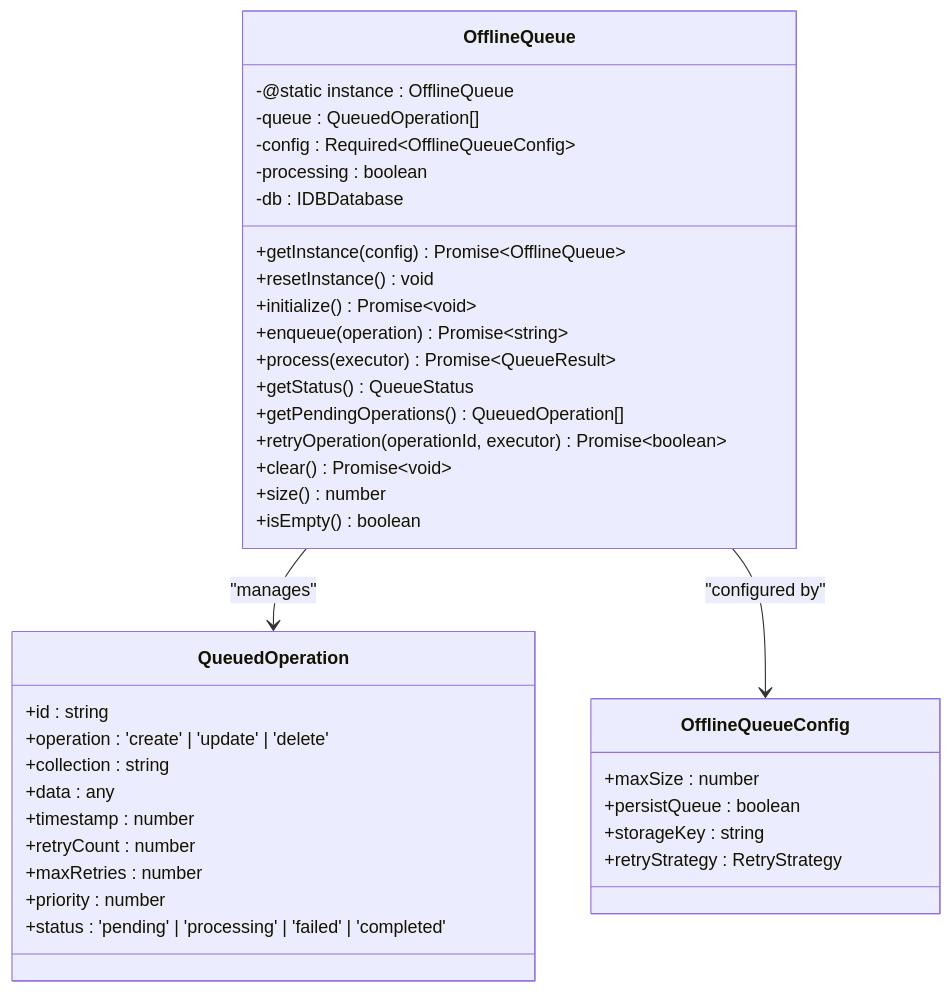
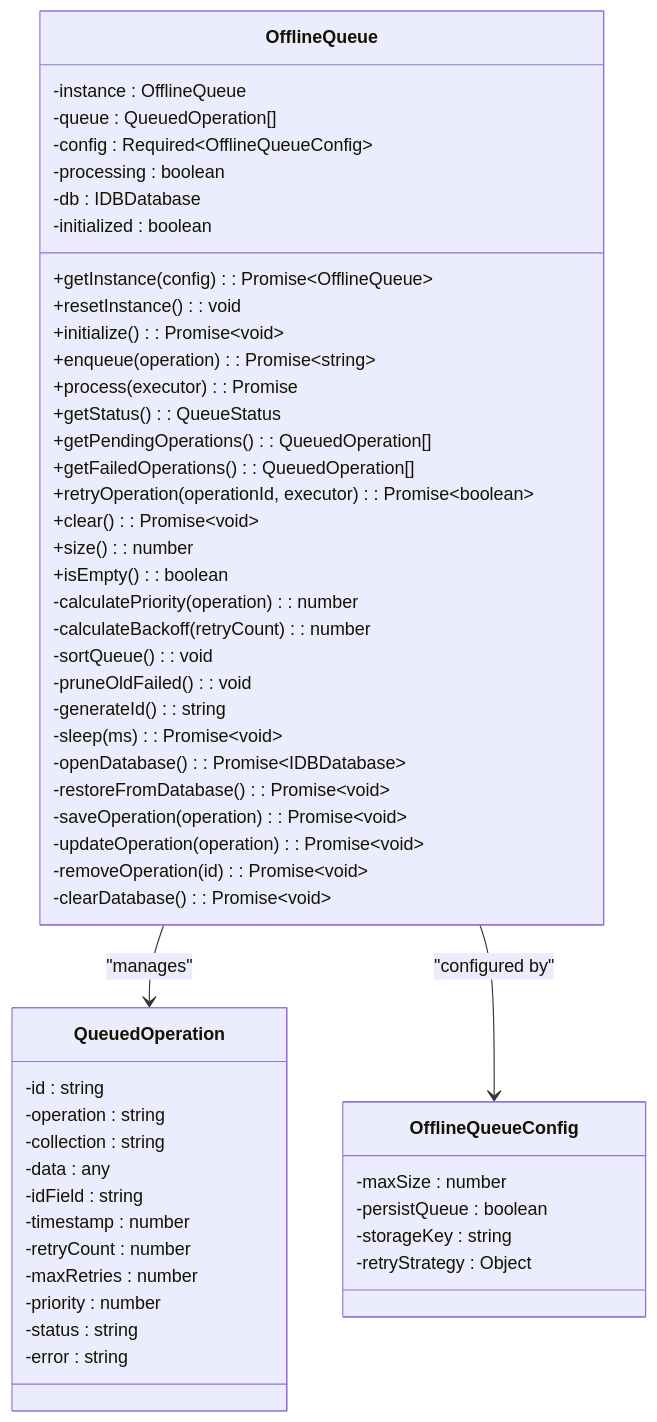
The seventh of 18 diagrams in .qoder/repowiki/en/content/Architecture Overview/Data Management Architecture/Data Synchronization Workflow/Data Synchronization Workflow.md (geniusdynamics/schoolpilot), drawn with Mermaid before and after one commit. The commit also changed other lines of this file and 19 other files, not shown here.

````diff
--- a/.qoder/repowiki/en/content/Architecture Overview/Data Management Architecture/Data Synchronization Workflow/Data Synchronization Workflow.md
+++ b/.qoder/repowiki/en/content/Architecture Overview/Data Management Architecture/Data Synchronization Workflow/Data Synchronization Workflow.md
@@ -194,40 +352,56 @@
 ```mermaid
 classDiagram
 class OfflineQueue {
--@static instance : OfflineQueue
+-instance : OfflineQueue
 -queue : QueuedOperation[]
 -config : Required~OfflineQueueConfig~
 -processing : boolean
 -db : IDBDatabase
-+getInstance(config) Promise~OfflineQueue~
-+resetInstance() void
-+initialize() Promise~void~
-+enqueue(operation) Promise~string~
-+process(executor) Promise~QueueResult~
-+getStatus() QueueStatus
-+getPendingOperations() QueuedOperation[]
-+retryOperation(operationId, executor) Promise~boolean~
-+clear() Promise~void~
-+size() number
-+isEmpty() boolean
+-initialized : boolean
++getInstance(config) : Promise~OfflineQueue~
++resetInstance() : void
++initialize() : Promise~void~
++enqueue(operation) : Promise~string~
++process(executor) : Promise
++getStatus() : QueueStatus
++getPendingOperations() : QueuedOperation[]
++getFailedOperations() : QueuedOperation[]
++retryOperation(operationId, executor) : Promise~boolean~
++clear() : Promise~void~
++size() : number
++isEmpty() : boolean
+-calculatePriority(operation) : number
+-calculateBackoff(retryCount) : number
+-sortQueue() : void
+-pruneOldFailed() : void
+-generateId() : string
+-sleep(ms) : Promise~void~
+-openDatabase() : Promise~IDBDatabase~
+-restoreFromDatabase() : Promise~void~
+-saveOperation(operation) : Promise~void~
+-updateOperation(operation) : Promise~void~
+-removeOperation(id) : Promise~void~
+-clearDatabase() : Promise~void~
 }
 class QueuedOperation {
-+id : string
-+operation : 'create' | 'update' | 'delete'
-+collection : string
-+data : any
-+timestamp : number
-+retryCount : number
-+maxRetries : number
-+priority : number
-+status : 'pending' | 'processing' | 'failed' | 'completed'
+-id : string
+-operation : string
+-collection : string
+-data : any
+-idField : string
+-timestamp : number
+-retryCount : number
+-maxRetries : number
+-priority : number
+-status : string
+-error : string
 }
 class OfflineQueueConfig {
-+maxSize : number
-+persistQueue : boolean
-+storageKey : string
-+retryStrategy : RetryStrategy
+-maxSize : number
+-persistQueue : boolean
+-storageKey : string
+-retryStrategy : Object
 }
 OfflineQueue --> QueuedOperation : "manages"
 OfflineQueue --> OfflineQueueConfig : "configured by"
 ```
````
